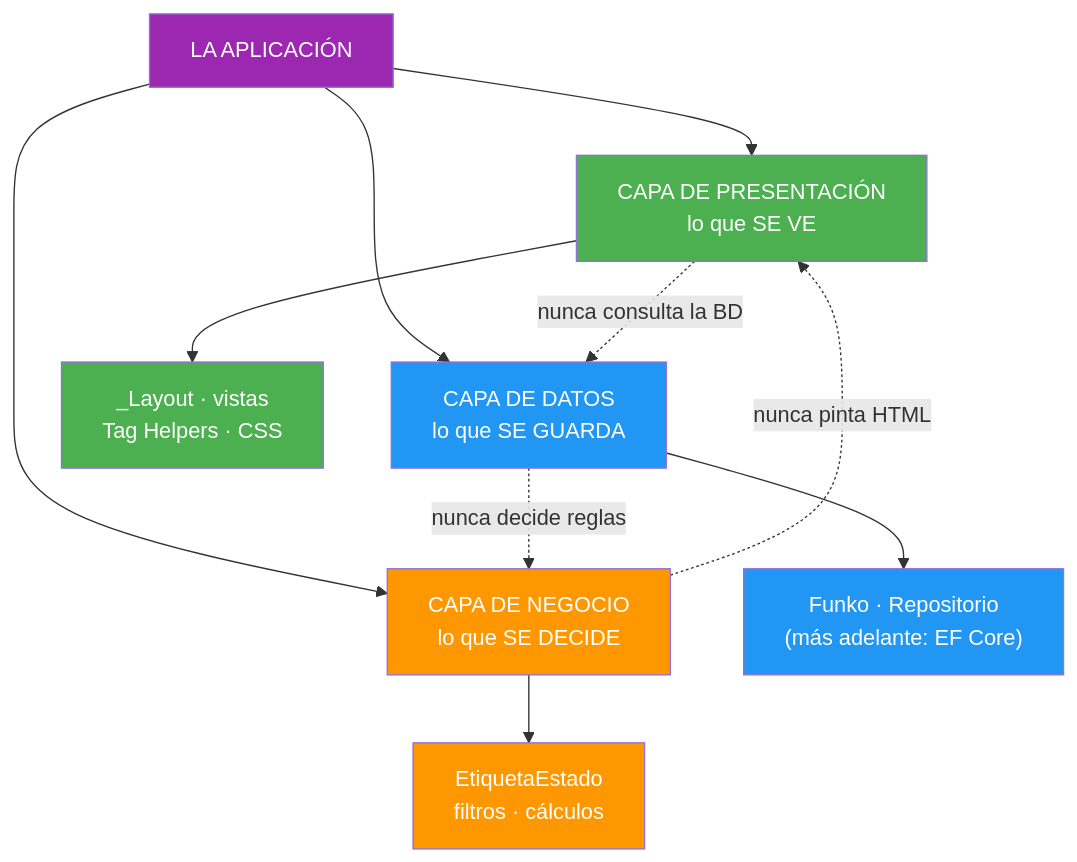
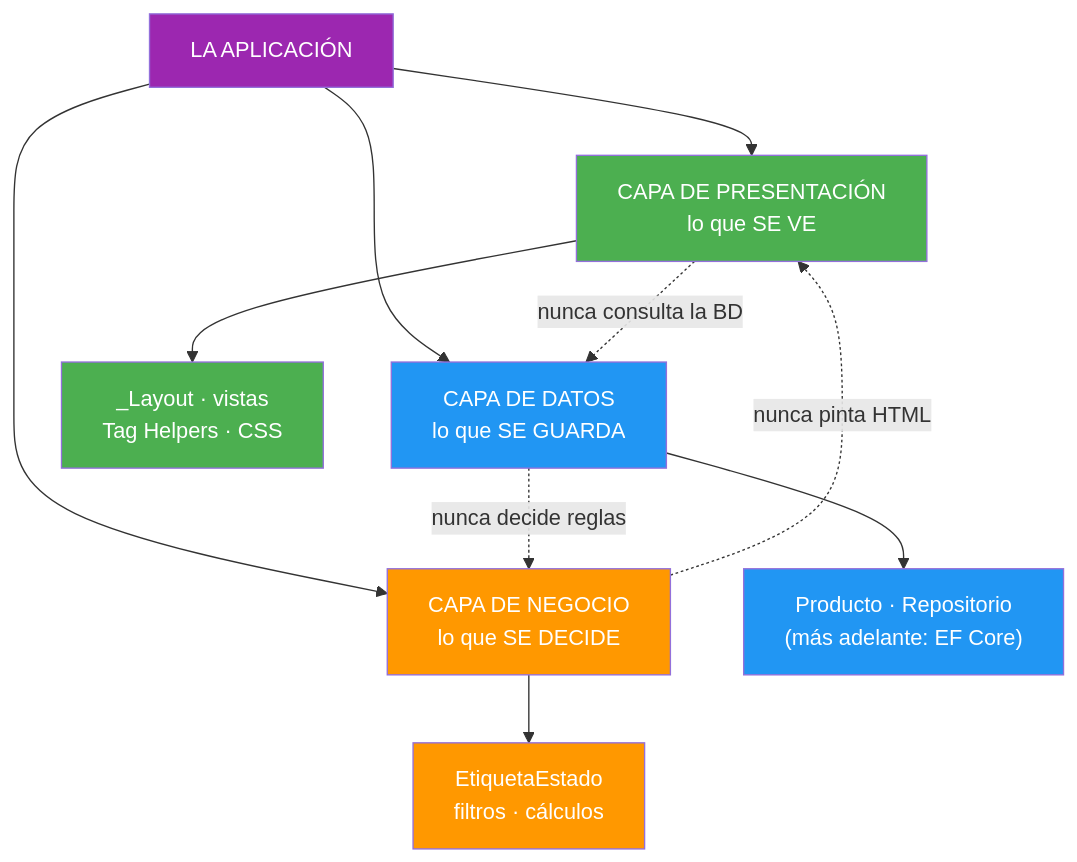
Before and after one commit to joseluisgs/DesarrolloWebEntornosServidor-03-2026-2027: the fifth of 5 diagrams in 07-mvc-arquitectura.md, drawn with Mermaid. The commit also changed other lines of this file, not shown here.

Commit message:
fix: revisar 07 segun el esquema de UD02: Resumen sin diagrama, estilo de redaccion y Productos fuera del Reto

````diff
--- a/07-mvc-arquitectura.md
+++ b/07-mvc-arquitectura.md
@@ -414,22 +417,22 @@
 ```mermaid
 graph TD
     A["LA APLICACIÓN"] --> P["CAPA DE PRESENTACIÓN<br/>lo que SE VE"]
     A --> N["CAPA DE NEGOCIO<br/>lo que SE DECIDE"]
     A --> D["CAPA DE DATOS<br/>lo que SE GUARDA"]
 
     P --> P1["_Layout · vistas<br/>Tag Helpers · CSS"]
     N --> N1["EtiquetaEstado<br/>filtros · cálculos"]
-    D --> D1["Funko · Repositorio<br/>(más adelante: EF Core)"]
+    D --> D1["Producto · Repositorio<br/>(más adelante: EF Core)"]
 
     N -.->|"nunca pinta HTML"| P
     D -.->|"nunca decide reglas"| N
     P -.->|"nunca consulta la BD"| D
 
     style A fill:#9C27B0,color:#fff
     style P fill:#4CAF50,color:#fff
     style N fill:#FF9800,color:#fff
     style D fill:#2196F3,color:#fff
     style P1 fill:#4CAF50,color:#fff
     style N1 fill:#FF9800,color:#fff
     style D1 fill:#2196F3,color:#fff
 ```
````
